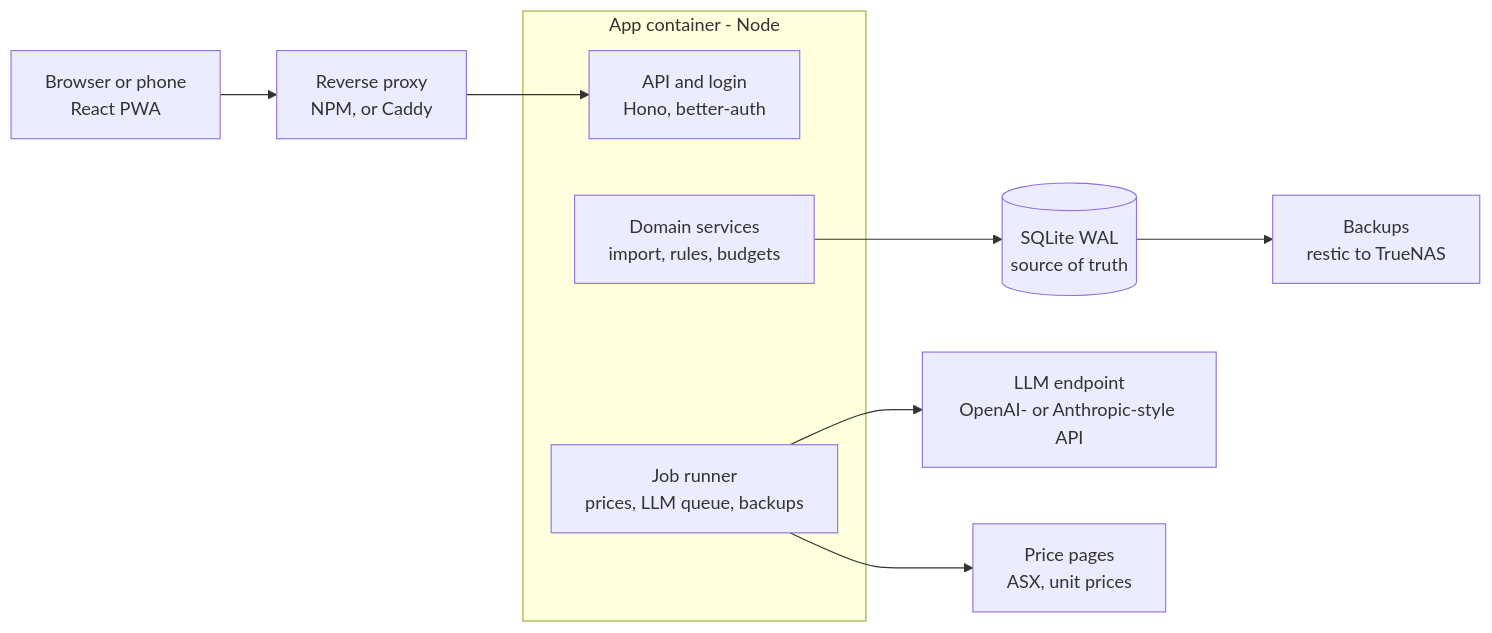
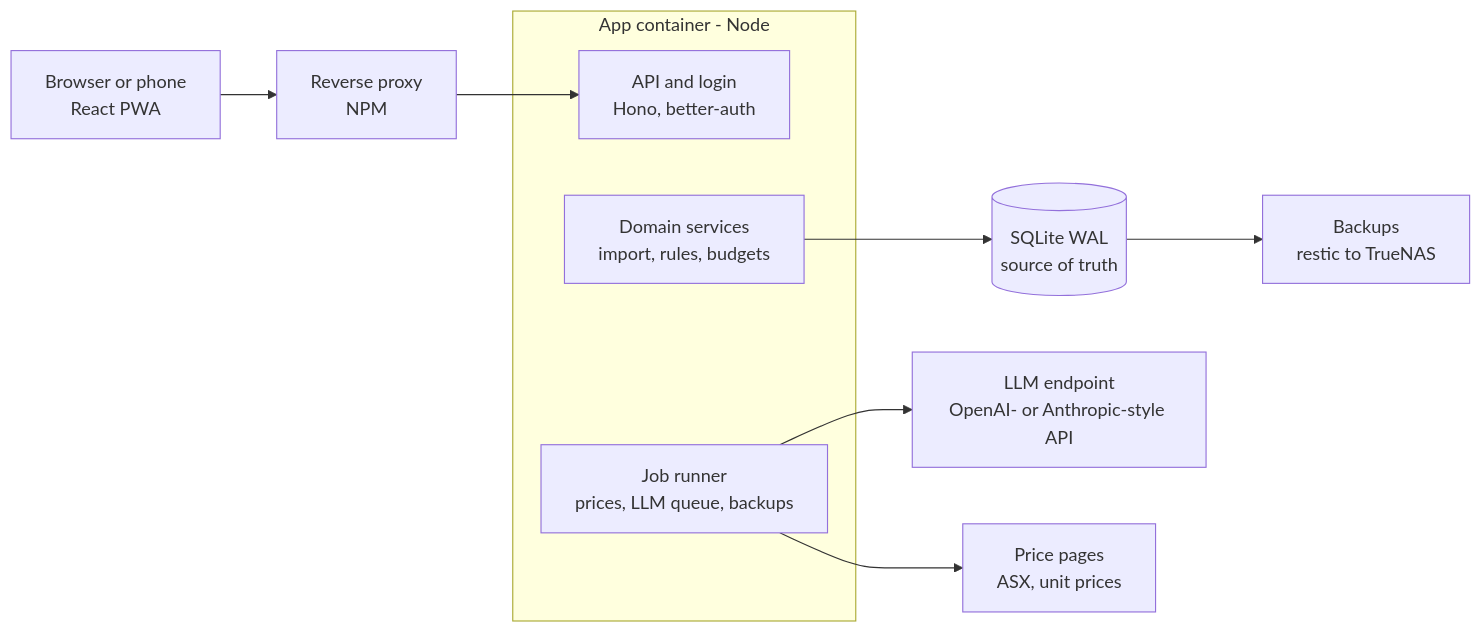
Before and after one commit to sbwilson/pangolin: the diagram in _bmad-output/specs/spec-pangolin-money/architecture-diagrams.md, drawn with Mermaid. The commit also changed 14 other files, not shown here.

````diff
--- a/_bmad-output/specs/spec-pangolin-money/architecture-diagrams.md
+++ b/_bmad-output/specs/spec-pangolin-money/architecture-diagrams.md
@@ -7,14 +7,14 @@
 ```mermaid
 flowchart LR
-  B[Browser or phone<br/>React PWA] --> P[Reverse proxy<br/>NPM, or Caddy]
+  B[Browser or phone<br/>React PWA] --> P[Reverse proxy<br/>NPM]
   subgraph App[App container - Node]
     A[API and login<br/>Hono, better-auth]
     D[Domain services<br/>import, rules, budgets]
     J[Job runner<br/>prices, LLM queue, backups]
   end
   P --> A
   D --> S[(SQLite WAL<br/>source of truth)]
   S --> K[Backups<br/>restic to TrueNAS]
   J --> L[LLM endpoint<br/>OpenAI- or Anthropic-style API]
   J --> R[Price pages<br/>ASX, unit prices]
 ```
````
